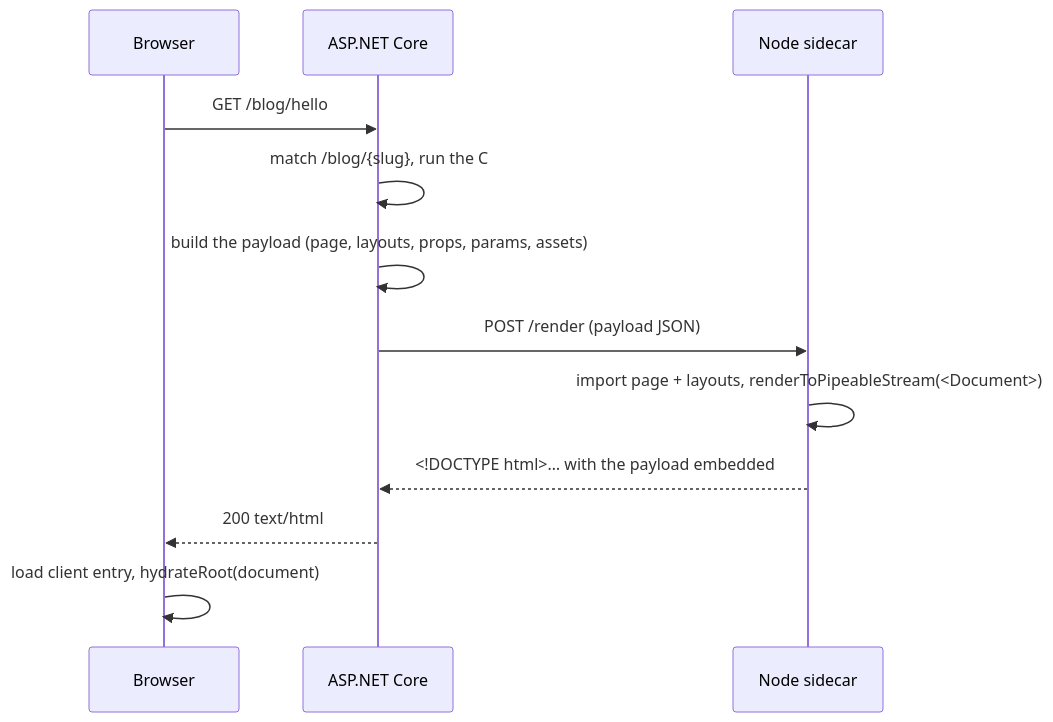
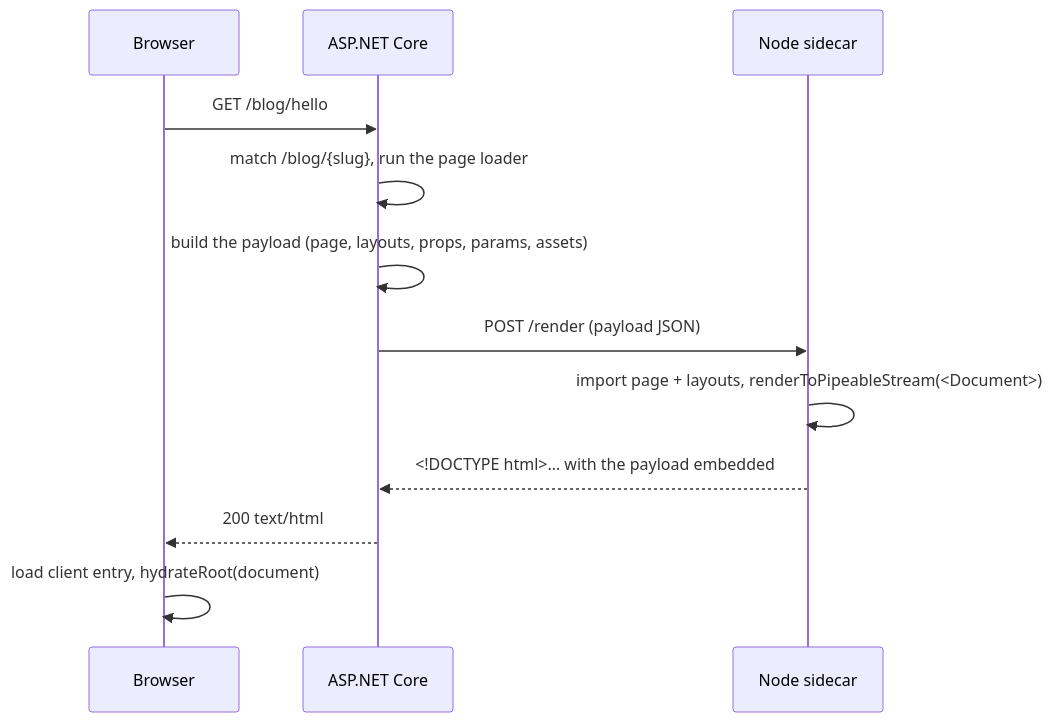
One commit to DennisVerhoeven/netjes changed the second of 5 diagrams in docs/architecture.md. Above: the diagram before and after it, drawn with Mermaid. The commit also changed other lines of this file and 1 other file, not shown here.

Commit message:
docs: draw both sequence diagrams in full
In a Mermaid sequence diagram a ; ends the statement and a # starts a
comment. The Streaming diagram's second message held a ;, so the
diagram did not parse. In the first request diagram, the message about
running the C# loader held a #, so Mermaid cut it to "match
/blog/{slug}, run the C" without a word. Both messages are written
without those characters.

The docs test now runs the check for those characters over every
sequence diagram in the Markdown git tracks, outside node_modules and
test fixtures, and names each line it finds as file:line. With the
messages as they were, it names docs/architecture.md:85 and
docs/architecture.md:186.

````diff
--- a/docs/architecture.md
+++ b/docs/architecture.md
@@ -79,14 +79,14 @@
 ```mermaid
 sequenceDiagram
   participant B as Browser
   participant A as ASP.NET Core
   participant S as Node sidecar
   B->>A: GET /blog/hello
-  A->>A: match /blog/{slug}, run the C# loader
+  A->>A: match /blog/{slug}, run the page loader
   A->>A: build the payload (page, layouts, props, params, assets)
   A->>S: POST /render (payload JSON)
   S->>S: import page + layouts, renderToPipeableStream(<Document>)
   S-->>A: <!DOCTYPE html>… with the payload embedded
   A-->>B: 200 text/html
   B->>B: load client entry, hydrateRoot(document)
 ```
````
